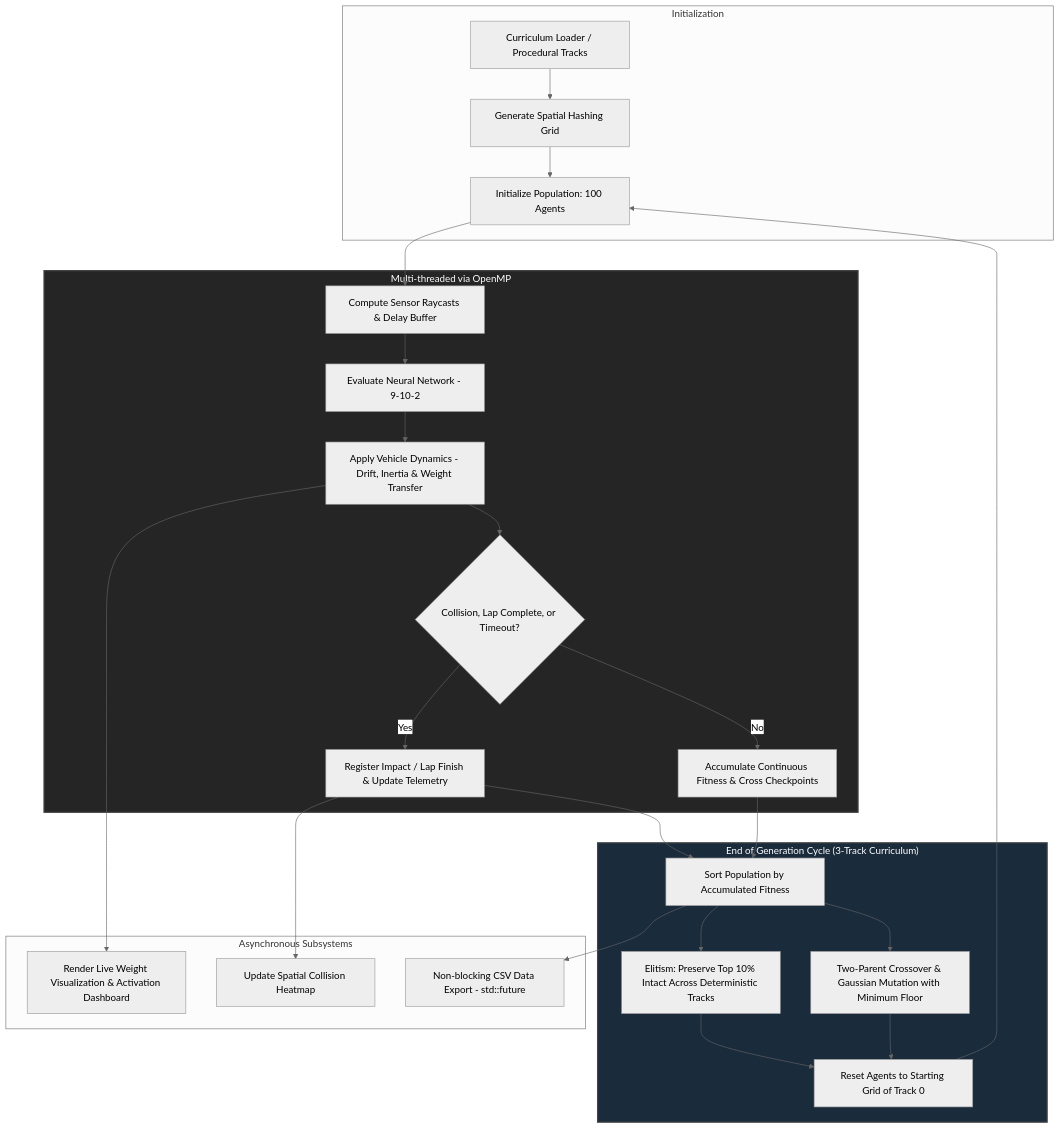
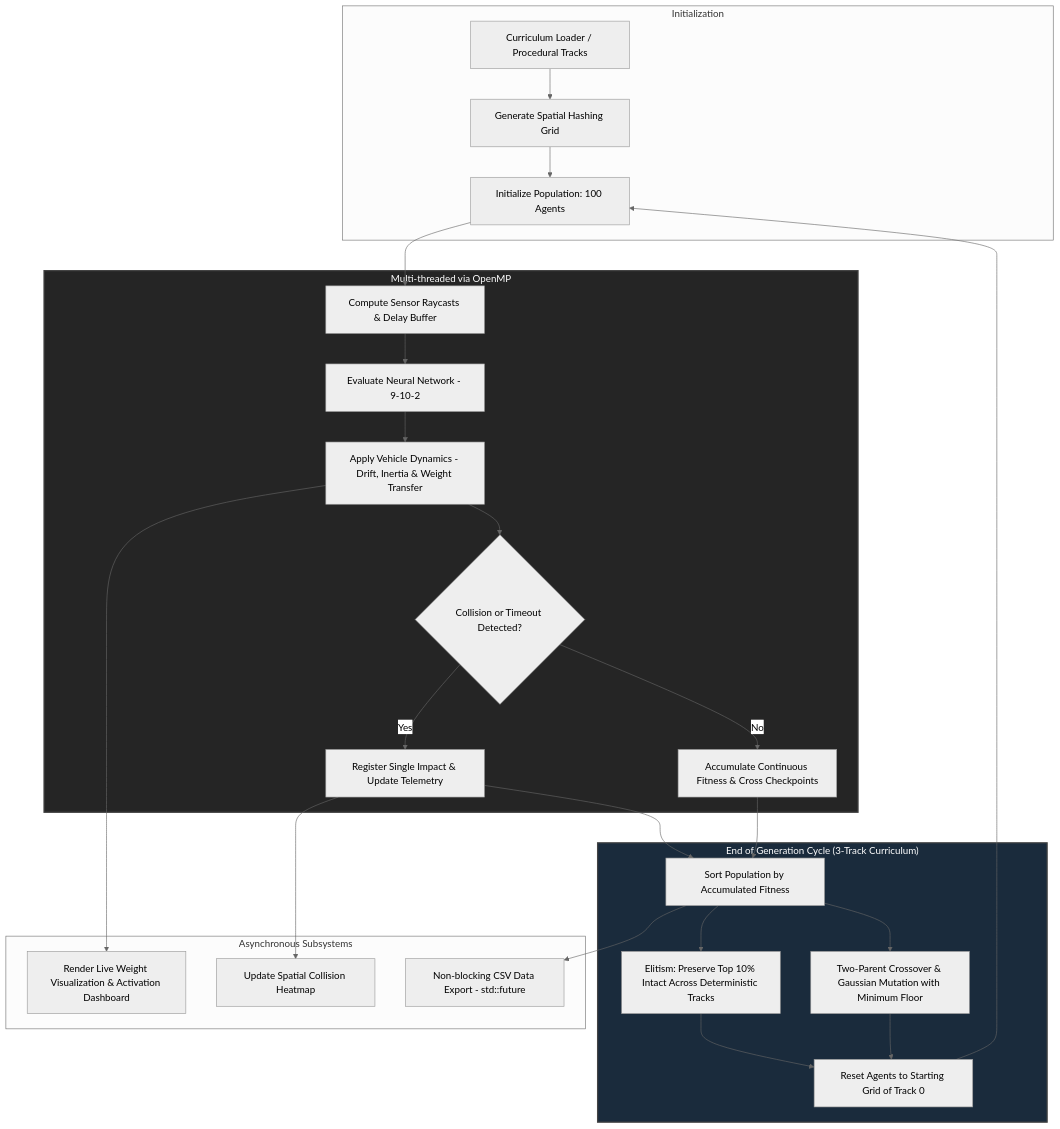
The diagram in README.md (jorgebd21/NeuralRacer-CPP), drawn with Mermaid (neutral theme) before and after one commit. The commit also changed other lines of this file, not shown here.

Commit message:
docs: update evaluation pipeline to continuous multi-lap progression

````diff
--- a/README.md
+++ b/README.md
@@ -49,33 +49,33 @@
 ```mermaid
 flowchart TD
     subgraph Initialization
         A[Curriculum Loader / Procedural Tracks] --> B[Generate Spatial Hashing Grid]
         B --> C[Initialize Population: 100 Agents]
     end
 
     subgraph ParallelLoop ["Multi-threaded via OpenMP"]
         C --> D[Compute Sensor Raycasts & Delay Buffer]
         D --> E[Evaluate Neural Network - 9-10-2]
         E --> F[Apply Vehicle Dynamics - Drift, Inertia & Weight Transfer]
-        F --> G{Collision, Lap Complete, or Timeout?}
-        G -- Yes --> H[Register Impact / Lap Finish & Update Telemetry]
+        F --> G{Collision or Timeout Detected?}
+        G -- Yes --> H[Register Single Impact & Update Telemetry]
         G -- No --> I[Accumulate Continuous Fitness & Cross Checkpoints]
     end
 
     subgraph EvolutionaryPipeline ["End of Generation Cycle (3-Track Curriculum)"]
         H & I --> J[Sort Population by Accumulated Fitness]
         J --> K[Elitism: Preserve Top 10% Intact Across Deterministic Tracks]
         J --> L[Two-Parent Crossover & Gaussian Mutation with Minimum Floor]
         K & L --> M[Reset Agents to Starting Grid of Track 0]
         M --> C
     end
 
     subgraph AsyncSubsystems ["Asynchronous Subsystems"]
         F --> N[Render Live Weight Visualization & Activation Dashboard]
         H --> O[Update Spatial Collision Heatmap]
         J --> P[Non-blocking CSV Data Export - std::future]
     end
 
     style ParallelLoop fill:#252525,stroke:#444,stroke-width:2px,color:#fff
     style EvolutionaryPipeline fill:#1a2b3c,stroke:#444,stroke-width:2px,color:#fff
 ```
````
